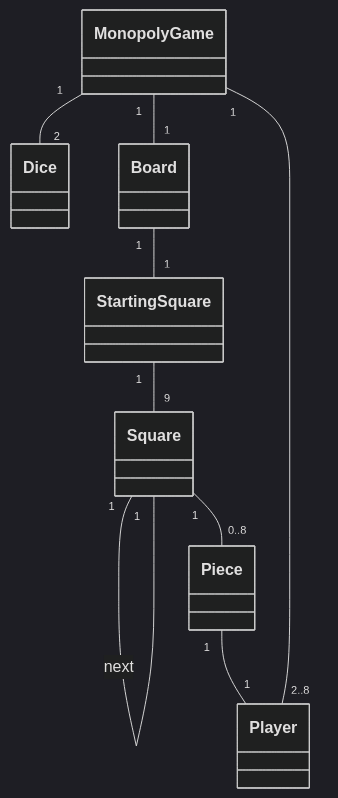
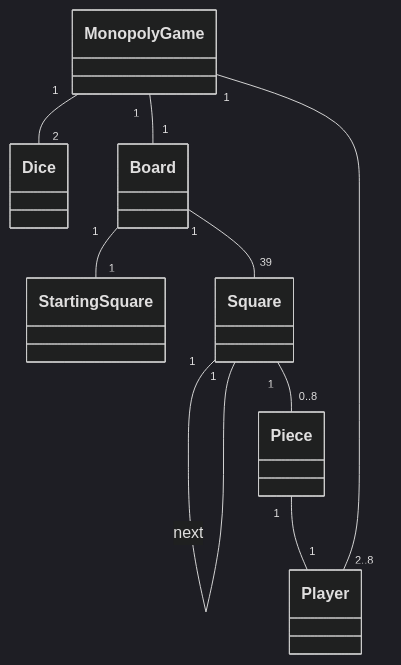
Before and after one commit to SouperSalamander/ot-harjoitustyo: the diagram in laskarit/viikko3/monopoly.md, drawn with Mermaid (dark theme).

Commit message:
Update monopoly.md
changed

````diff
--- a/laskarit/viikko3/monopoly.md
+++ b/laskarit/viikko3/monopoly.md
@@ -1,11 +1,11 @@
 ```mermaid
  classDiagram
     MonopolyGame "1" -- "2" Dice
     MonopolyGame "1" -- "1" Board
     Board "1" -- "1" StartingSquare
-    StartingSquare "1" -- "9" Square
+    Board "1" -- "39" Square
     Square "1" -- "1" Square : next
     Square "1" -- "0..8" Piece
     Piece "1" -- "1" Player
     Player "2..8" -- "1" MonopolyGame
 ```
````
